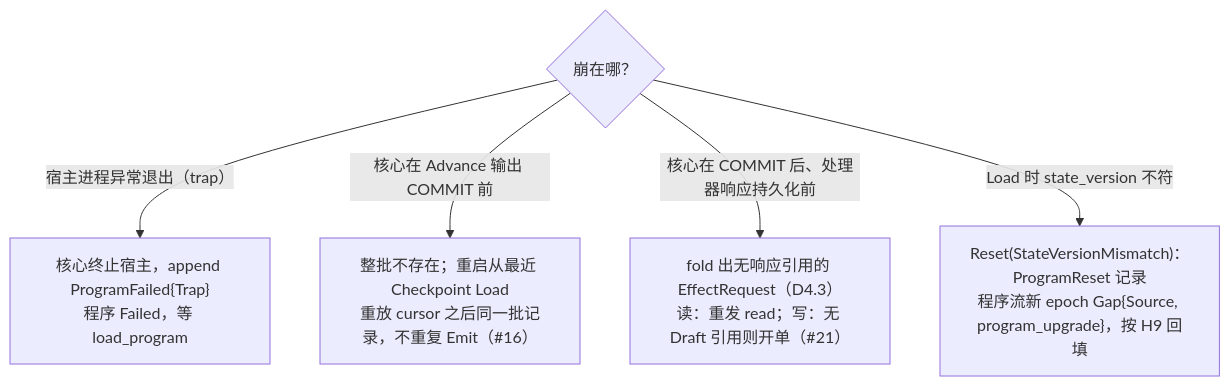
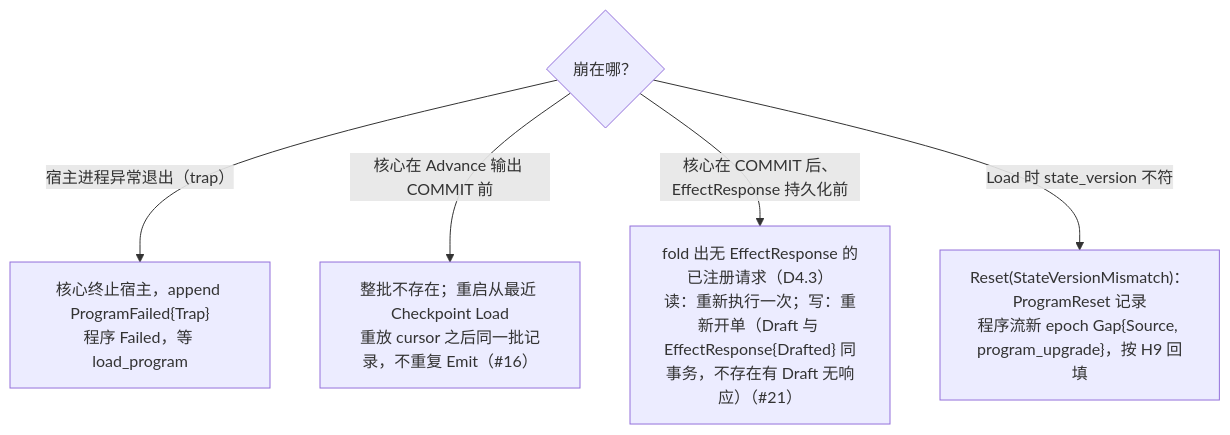
Before and after one commit to mouriya-s-lab/uta: the fourth of 4 diagrams in design/diagrams/07-crash-recovery.md, drawn with Mermaid. The commit also changed other lines of this file and 9 other files, not shown here.

Commit message:
设计：并入 astra 复核——腿身份 AttemptRef、回执/证据字节归执行事实、EffectResponse 完成事实、AwaitingTargetTerminal 有界出口、ReconciliationReopened 重开取证、取证记录矩阵（Unavailable 不算取证）、lane 集合语义贯通、恢复先判 Resolved、alignment 读当前流末 + checked_as_of、一版一决 Conflict(AlreadyDecided)、Lag/完备位置切面、唯一边=类型依赖与语义消费、XA 类比改设计标签；图 D1–D9 同步

````diff
--- a/design/diagrams/07-crash-recovery.md
+++ b/design/diagrams/07-crash-recovery.md
@@ -110,8 +106,8 @@
 ```mermaid
 flowchart TB
   Q{"崩在哪？"}
   Q -->|"宿主进程异常退出（trap）"| T1["核心终止宿主，append ProgramFailed{Trap}<br/>程序 Failed，等 load_program"]
   Q -->|"核心在 Advance 输出 COMMIT 前"| T2["整批不存在；重启从最近 Checkpoint Load<br/>重放 cursor 之后同一批记录，不重复 Emit（#16）"]
-  Q -->|"核心在 COMMIT 后、处理器响应持久化前"| T3["fold 出无响应引用的 EffectRequest（D4.3）<br/>读：重发 read；写：无 Draft 引用则开单（#21）"]
+  Q -->|"核心在 COMMIT 后、EffectResponse 持久化前"| T3["fold 出无 EffectResponse 的已注册请求（D4.3）<br/>读：重新执行一次；写：重新开单（Draft 与 EffectResponse{Drafted} 同事务，不存在有 Draft 无响应）（#21）"]
   Q -->|"Load 时 state_version 不符"| T4["Reset(StateVersionMismatch)：ProgramReset 记录<br/>程序流新 epoch Gap{Source, program_upgrade}，按 H9 回填"]
 ```
````
